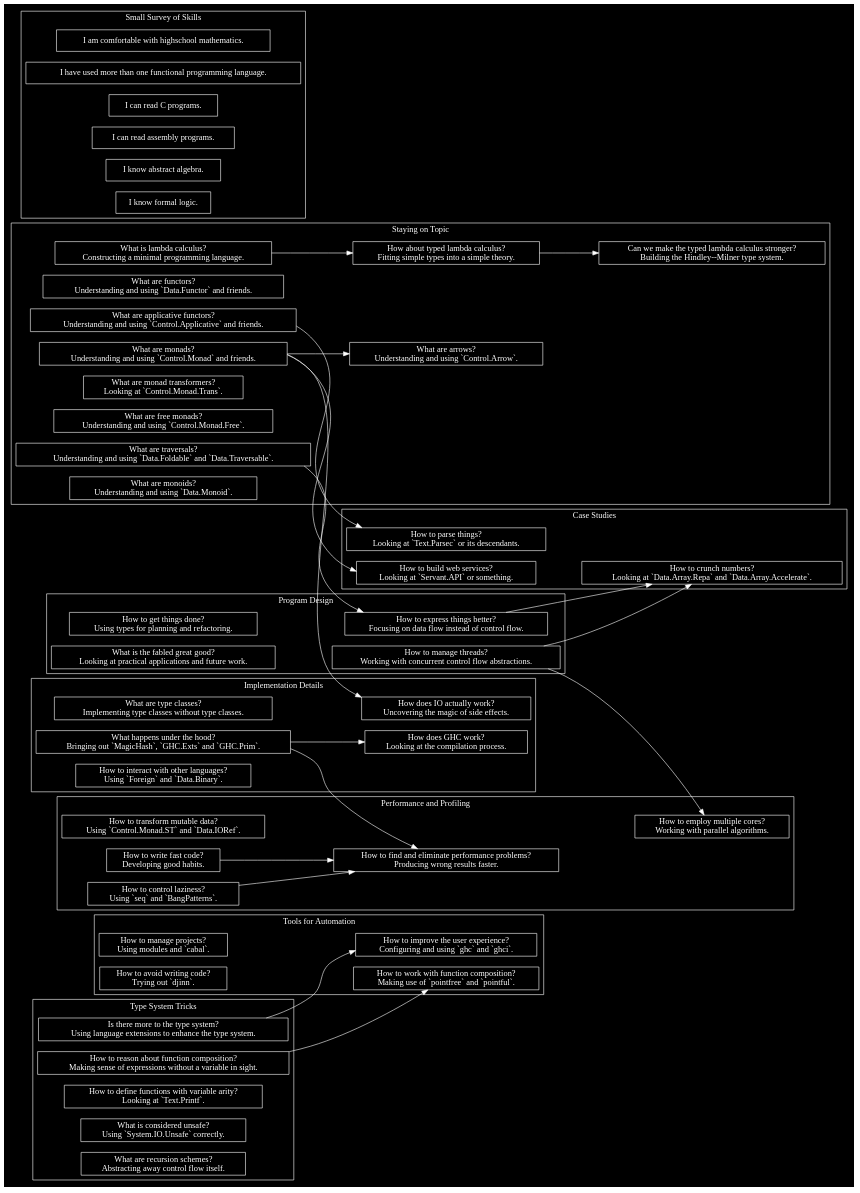
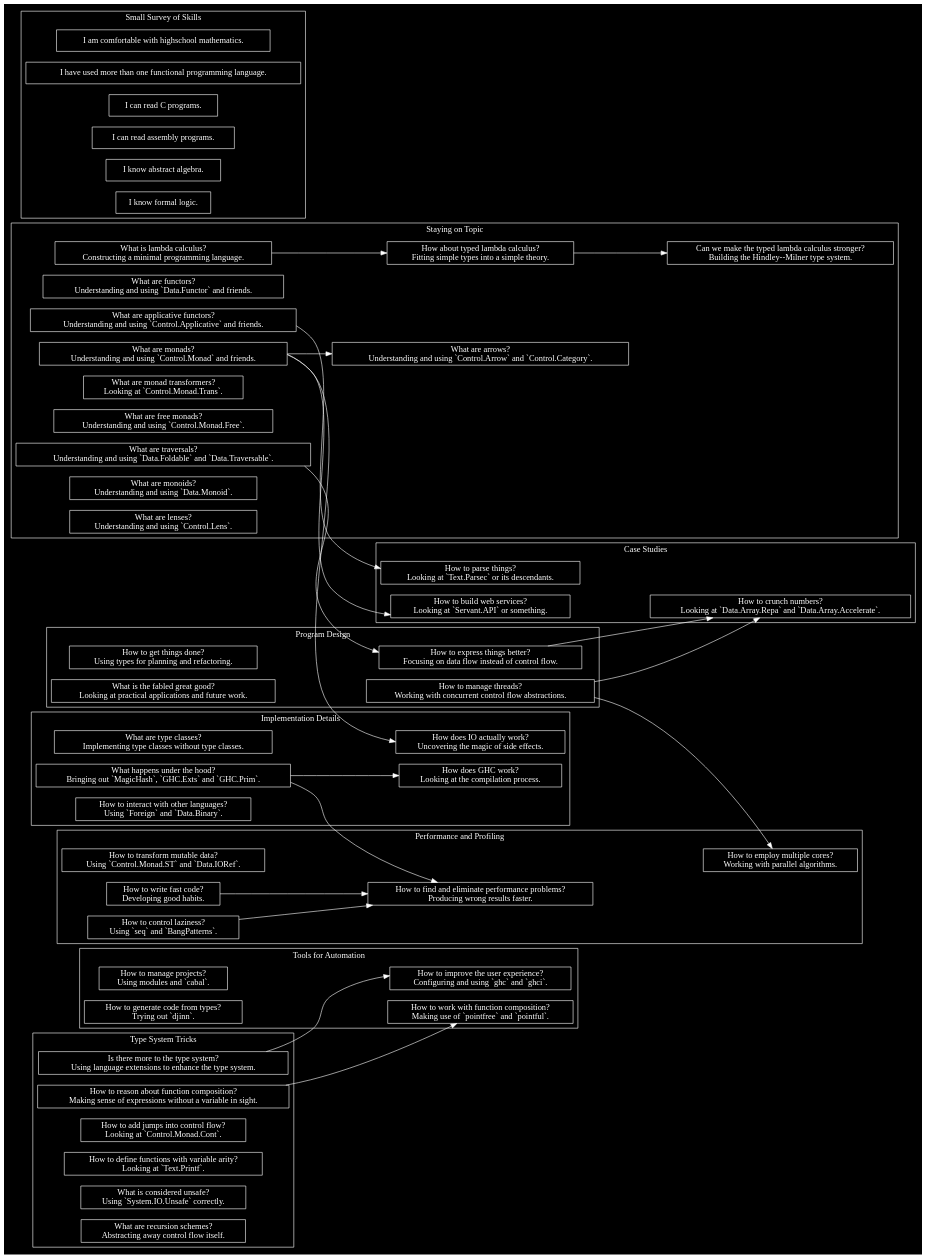
The diagram in topics.dot (Tuplanolla/voting-topics), drawn with Graphviz before and after one commit. The commit also changed 3 other files, not shown here.

```diff
--- a/topics.dot
+++ b/topics.dot
@@ -1,117 +1,119 @@
 digraph topics {
   graph [bgcolor=black, color=white, fontcolor=white]
   node [bgcolor=black, color=white, fontcolor=white]
   edge [bgcolor=black, color=white, fontcolor=white]
 
   newrank=true
   rankdir=LR
   node [shape=box]
 
   subgraph cluster_automation {
     label="Tools for Automation"
     ghc [label="How to improve the user experience?\nConfiguring and using `ghc` and `ghci`."]
     cabal [label="How to manage projects?\nUsing modules and `cabal`."]
     pointfree [label="How to work with function composition?\nMaking use of `pointfree` and `pointful`."]
-    djinn [label="How to avoid writing code?\nTrying out `djinn`."]
+    djinn [label="How to generate code from types?\nTrying out `djinn`."]
   }
 
   subgraph cluster_cases {
     label="Case Studies"
     parsec [label="How to parse things?\nLooking at `Text.Parsec` or its descendants."]
     repa [label="How to crunch numbers?\nLooking at `Data.Array.Repa` and `Data.Array.Accelerate`."]
     servant [label="How to build web services?\nLooking at `Servant.API` or something."]
   }
 
   subgraph cluster_design {
     label="Program Design"
     plan [label="How to get things done?\nUsing types for planning and refactoring."]
     concurrent [label="How to manage threads?\nWorking with concurrent control flow abstractions."]
     flow [label="How to express things better?\nFocusing on data flow instead of control flow."]
     work [label="What is the fabled great good?\nLooking at practical applications and future work."]
   }
 
   subgraph cluster_implementation {
     label="Implementation Details"
     classes [label="What are type classes?\nImplementing type classes without type classes."]
     io [label="How does IO actually work?\nUncovering the magic of side effects."]
     prim [label="What happens under the hood?\nBringing out `MagicHash`, `GHC.Exts` and `GHC.Prim`."]
     core [label="How does GHC work?\nLooking at the compilation process."]
     foreign [label="How to interact with other languages?\nUsing `Foreign` and `Data.Binary`."]
   }
 
   subgraph cluster_performance {
     label="Performance and Profiling"
     mutable [label="How to transform mutable data?\nUsing `Control.Monad.ST` and `Data.IORef`."]
     habits [label="How to write fast code?\nDeveloping good habits."]
     seq [label="How to control laziness?\nUsing `seq` and `BangPatterns`."]
     parallel [label="How to employ multiple cores?\nWorking with parallel algorithms."]
     prof [label="How to find and eliminate performance problems?\nProducing wrong results faster."]
   }
 
   subgraph cluster_topical {
     label="Staying on Topic"
     lc
     [label="What is lambda calculus?\nConstructing a minimal programming language."]
     stlc [label="How about typed lambda calculus?\nFitting simple types into a simple theory."]
     hm [label="Can we make the typed lambda calculus stronger?\nBuilding the Hindley--Milner type system."]
     functors
     [label="What are functors?\nUnderstanding and using `Data.Functor` and friends."]
     applicatives
     [label="What are applicative functors?\nUnderstanding and using `Control.Applicative` and friends."]
     monads
     [label="What are monads?\nUnderstanding and using `Control.Monad` and friends."]
     mt
     [label="What are monad transformers?\nLooking at `Control.Monad.Trans`."]
     free
     [label="What are free monads?\nUnderstanding and using `Control.Monad.Free`."]
     traversals [label="What are traversals?\nUnderstanding and using `Data.Foldable` and `Data.Traversable`."]
     monoids [label="What are monoids?\nUnderstanding and using `Data.Monoid`."]
-    arrows [label="What are arrows?\nUnderstanding and using `Control.Arrow`."]
+    lenses [label="What are lenses?\nUnderstanding and using `Control.Lens`."]
+    arrows [label="What are arrows?\nUnderstanding and using `Control.Arrow` and `Control.Category`."]
   }
 
   subgraph cluster_tricks {
     label="Type System Tricks"
     composition [label="How to reason about function composition?\nMaking sense of expressions without a variable in sight."]
     extensions [label="Is there more to the type system?\nUsing language extensions to enhance the type system."]
+    cont [label="How to add jumps into control flow?\nLooking at `Control.Monad.Cont`."]
     printf [label="How to define functions with variable arity?\nLooking at `Text.Printf`."]
     unsafe [label="What is considered unsafe?\nUsing `System.IO.Unsafe` correctly."]
     schemes [label="What are recursion schemes?\nAbstracting away control flow itself."]
   }
 
   /*
   subgraph cluster_theory {
     label="Type Theory (Not on This Course)"
     cardinal [label="Why calculate type inhabitants?\nPutting cardinal space into good use."]
     dependent [label="Is there more to types?\nThinking about linear and dependent types."]
     proofs [label="How to prove and check theorems?\nWorking with Coq."]
     foundations [label="How deep does it go?\nGetting lost in axiomatic systems of mathematical foundations."]
   }
   */
 
   subgraph cluster_skills {
     label="Small Survey of Skills"
     hsm [label="I am comfortable with highschool mathematics."]
     fp [label="I have used more than one functional programming language."]
     c [label="I can read C programs."]
     assembly [label="I can read assembly programs."]
     algebra [label="I know abstract algebra."]
     logic [label="I know formal logic."]
   }
 
   lc -> stlc
   stlc -> hm
   applicatives -> parsec
   monads -> arrows
   monads -> io
   monads -> servant
   traversals -> flow
   extensions -> ghc
   concurrent -> parallel
   concurrent -> repa
   flow -> repa
   habits -> prof
   seq -> prof
   composition -> pointfree
   prim -> prof
   prim -> core
 }
```
